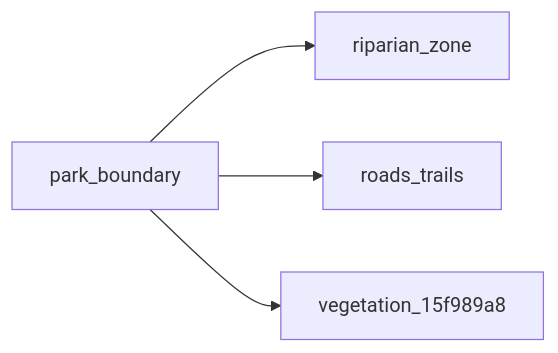
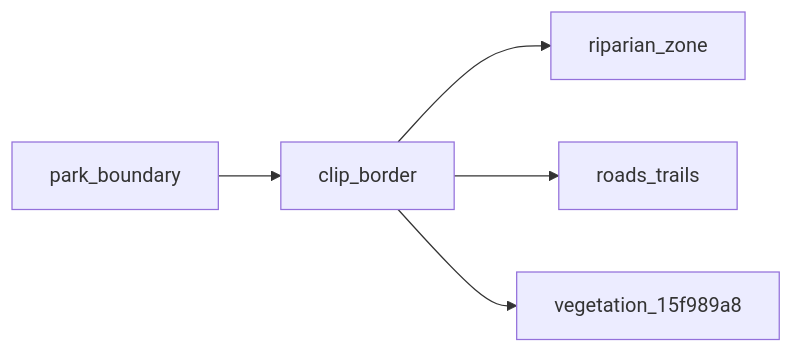
The diagram in projects/goats/README.md (kielni/alidade), drawn with Mermaid before and after one commit. The commit also changed other lines of this file and 9 other files, not shown here.

Commit message:
add clip border (boundary + 100ft) to identify roadside areas

````diff
--- a/projects/goats/README.md
+++ b/projects/goats/README.md
@@ -45,6 +52,7 @@
 ```mermaid
 flowchart LR
-    park_boundary --> riparian_zone
-    park_boundary --> roads_trails
-    park_boundary --> vegetation_15f989a8
+    park_boundary --> clip_border
+    clip_border --> riparian_zone
+    clip_border --> roads_trails
+    clip_border --> vegetation_15f989a8
 ```
````
